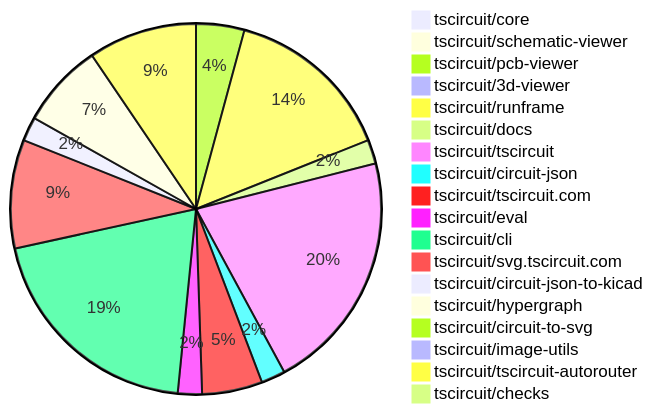
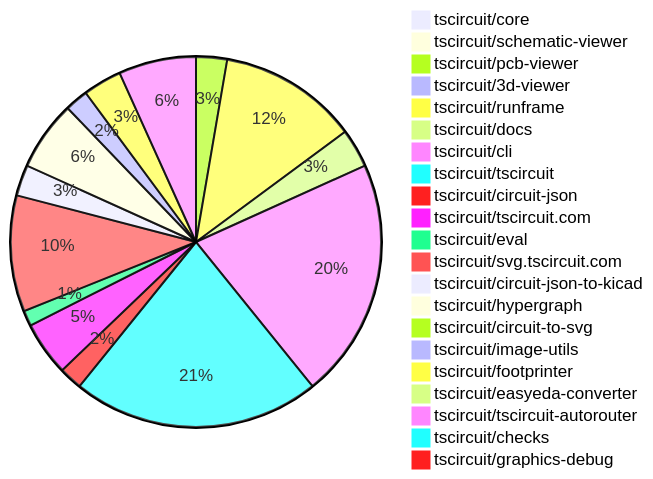
Before and after one commit to tscircuit/contribution-tracker: the diagram in contribution-overviews/2026-03-17.md, drawn with Mermaid. The commit also changed other lines of this file and 3 other files, not shown here.

````diff
--- a/contribution-overviews/2026-03-17.md
+++ b/contribution-overviews/2026-03-17.md
@@ -12,21 +12,24 @@
 ```mermaid
 pie
     "tscircuit/core" : 1
     "tscircuit/schematic-viewer" : 1
     "tscircuit/pcb-viewer" : 4
     "tscircuit/3d-viewer" : 1
-    "tscircuit/runframe" : 14
-    "tscircuit/docs" : 2
-    "tscircuit/tscircuit" : 20
-    "tscircuit/circuit-json" : 2
-    "tscircuit/tscircuit.com" : 5
+    "tscircuit/runframe" : 18
+    "tscircuit/docs" : 5
+    "tscircuit/cli" : 31
+    "tscircuit/tscircuit" : 32
+    "tscircuit/circuit-json" : 3
+    "tscircuit/tscircuit.com" : 7
     "tscircuit/eval" : 2
-    "tscircuit/cli" : 19
-    "tscircuit/svg.tscircuit.com" : 9
-    "tscircuit/circuit-json-to-kicad" : 2
-    "tscircuit/hypergraph" : 7
+    "tscircuit/svg.tscircuit.com" : 15
+    "tscircuit/circuit-json-to-kicad" : 4
+    "tscircuit/hypergraph" : 9
     "tscircuit/circuit-to-svg" : 1
-    "tscircuit/image-utils" : 1
-    "tscircuit/tscircuit-autorouter" : 9
+    "tscircuit/image-utils" : 3
+    "tscircuit/footprinter" : 5
+    "tscircuit/easyeda-converter" : 1
+    "tscircuit/tscircuit-autorouter" : 10
     "tscircuit/checks" : 1
+    "tscircuit/graphics-debug" : 1
 ```
````
